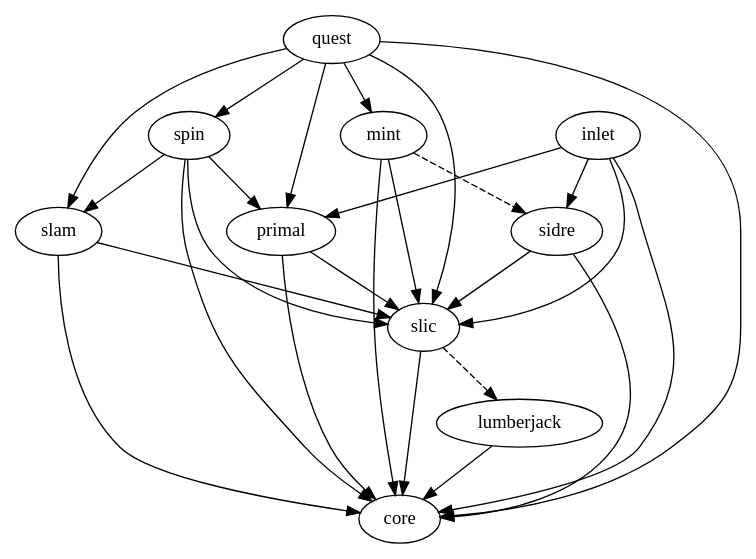
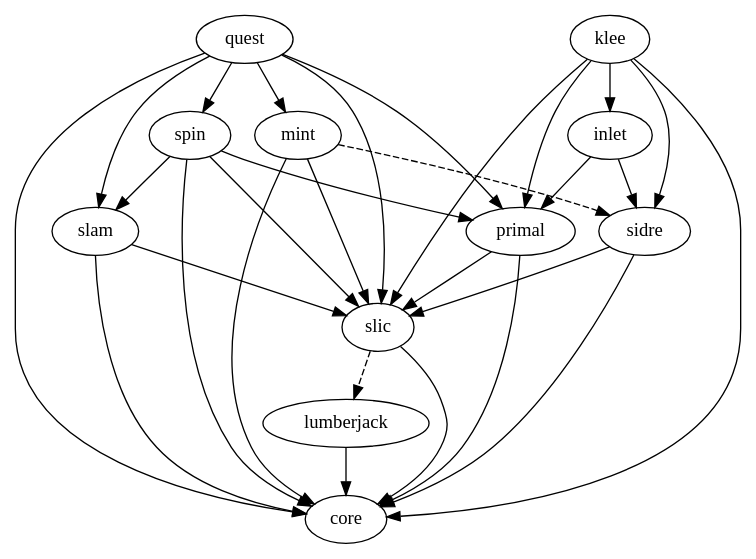
The diagram in src/docs/dependencies.dot (LLNL/axom), drawn with Graphviz before and after one commit. The commit also changed 1 other file, not shown here.

Commit message:
Update docs related to Klee's dependencies

```diff
--- a/src/docs/dependencies.dot
+++ b/src/docs/dependencies.dot
@@ -1,11 +1,12 @@
 digraph dependencies {
   quest -> {slam primal mint spin};
-  {quest slam primal mint spin} -> {slic core};
+  {quest slam primal mint spin klee} -> {slic core};
   mint -> sidre [style="dashed"];
   spin -> {slam primal};
   sidre -> {slic core};
   slic -> core;
   slic -> lumberjack [style="dashed"];
   lumberjack -> core;
-  inlet -> {sidre slic primal core};
+  inlet -> {sidre primal};
+  klee -> {sidre primal inlet};
 }
```
